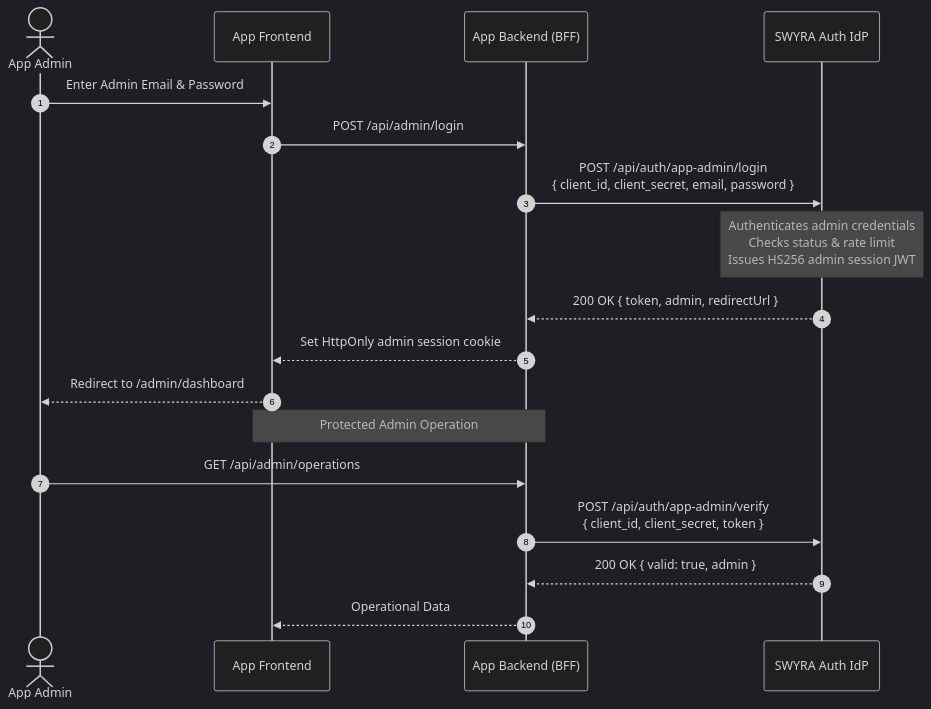
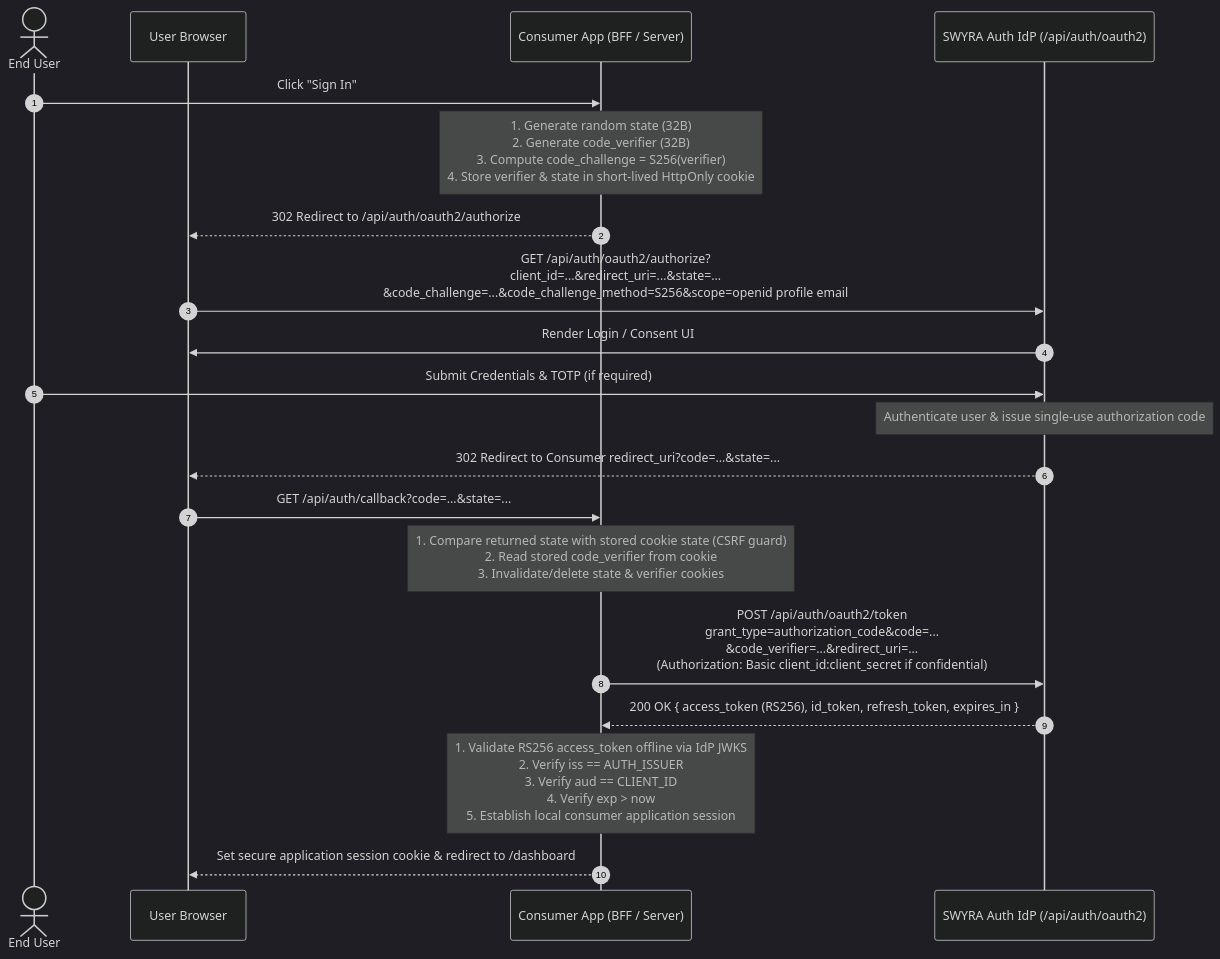
Before and after one commit to SGOD-pro/OAuth2.1: the diagram in docs/AI_AGENT_INTEGRATION_CONTRACT.md, drawn with Mermaid (dark theme). The commit also changed other lines of this file and 17 other files, not shown here.

````diff
--- a/docs/AI_AGENT_INTEGRATION_CONTRACT.md
+++ b/docs/AI_AGENT_INTEGRATION_CONTRACT.md
@@ -585,22 +230,26 @@
 ```mermaid
 sequenceDiagram
     autonumber
-    actor Admin as App Admin
-    participant Frontend as App Frontend
-    participant Backend as App Backend (BFF)
-    participant IdP as SWYRA Auth IdP
+    actor User as End User
+    participant Browser as User Browser
+    participant Consumer as Consumer App (BFF / Server)
+    participant IdP as SWYRA Auth IdP (/api/auth/oauth2)
 
-    Admin->>Frontend: Enter Admin Email & Password
-    Frontend->>Backend: POST /api/admin/login
-    Backend->>IdP: POST /api/auth/app-admin/login<br/>{ client_id, client_secret, email, password }
-    Note over IdP: Authenticates admin credentials<br/>Checks status & rate limit<br/>Issues HS256 admin session JWT
-    IdP-->>Backend: 200 OK { token, admin, redirectUrl }
-    Backend-->>Frontend: Set HttpOnly admin session cookie
-    Frontend-->>Admin: Redirect to /admin/dashboard
+    User->>Consumer: Click "Sign In"
+    Note over Consumer: 1. Generate random state (32B)<br/>2. Generate code_verifier (32B)<br/>3. Compute code_challenge = S256(verifier)<br/>4. Store verifier & state in short-lived HttpOnly cookie
+    Consumer-->>Browser: 302 Redirect to /api/auth/oauth2/authorize
+    Browser->>IdP: GET /api/auth/oauth2/authorize?<br/>client_id=...&redirect_uri=...&state=...<br/>&code_challenge=...&code_challenge_method=S256&scope=openid profile email
 
-    Note over Frontend,Backend: Protected Admin Operation
-    Admin->>Backend: GET /api/admin/operations
-    Backend->>IdP: POST /api/auth/app-admin/verify<br/>{ client_id, client_secret, token }
-    IdP-->>Backend: 200 OK { valid: true, admin }
-    Backend-->>Frontend: Operational Data
+    IdP->>Browser: Render Login / Consent UI
+    User->>IdP: Submit Credentials & TOTP (if required)
+    Note over IdP: Authenticate user & issue single-use authorization code
+    IdP-->>Browser: 302 Redirect to Consumer redirect_uri?code=...&state=...
+
+    Browser->>Consumer: GET /api/auth/callback?code=...&state=...
+    Note over Consumer: 1. Compare returned state with stored cookie state (CSRF guard)<br/>2. Read stored code_verifier from cookie<br/>3. Invalidate/delete state & verifier cookies
+    Consumer->>IdP: POST /api/auth/oauth2/token<br/>grant_type=authorization_code&code=...<br/>&code_verifier=...&redirect_uri=...<br/>(Authorization: Basic client_id:client_secret if confidential)
+
+    IdP-->>Consumer: 200 OK { access_token (RS256), id_token, refresh_token, expires_in }
+    Note over Consumer: 1. Validate RS256 access_token offline via IdP JWKS<br/>2. Verify iss == AUTH_ISSUER<br/>3. Verify aud == CLIENT_ID<br/>4. Verify exp > now<br/>5. Establish local consumer application session
+    Consumer-->>Browser: Set secure application session cookie & redirect to /dashboard
 ```
````
